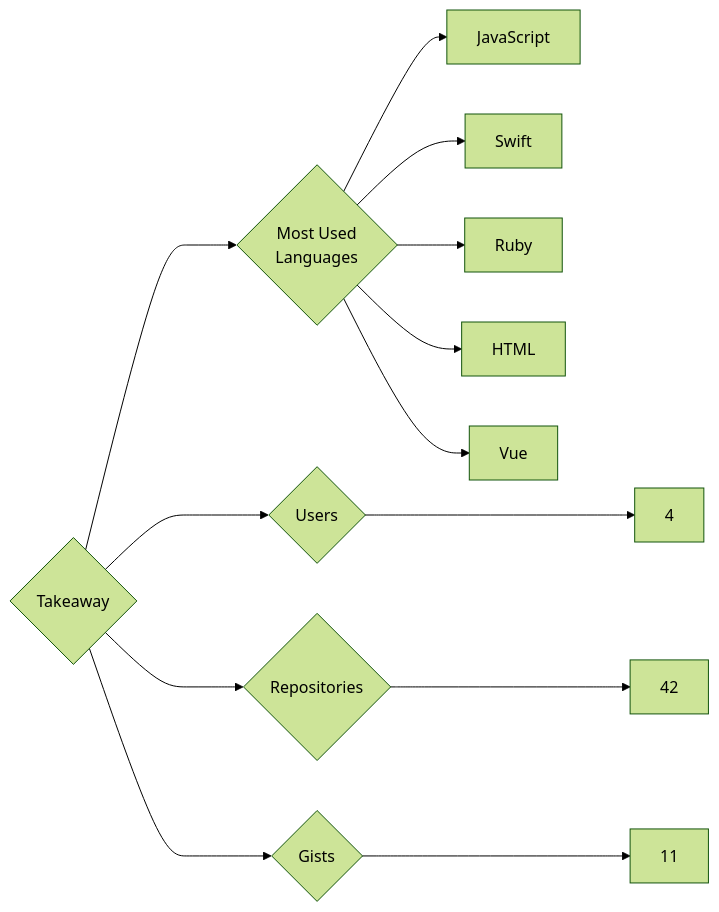
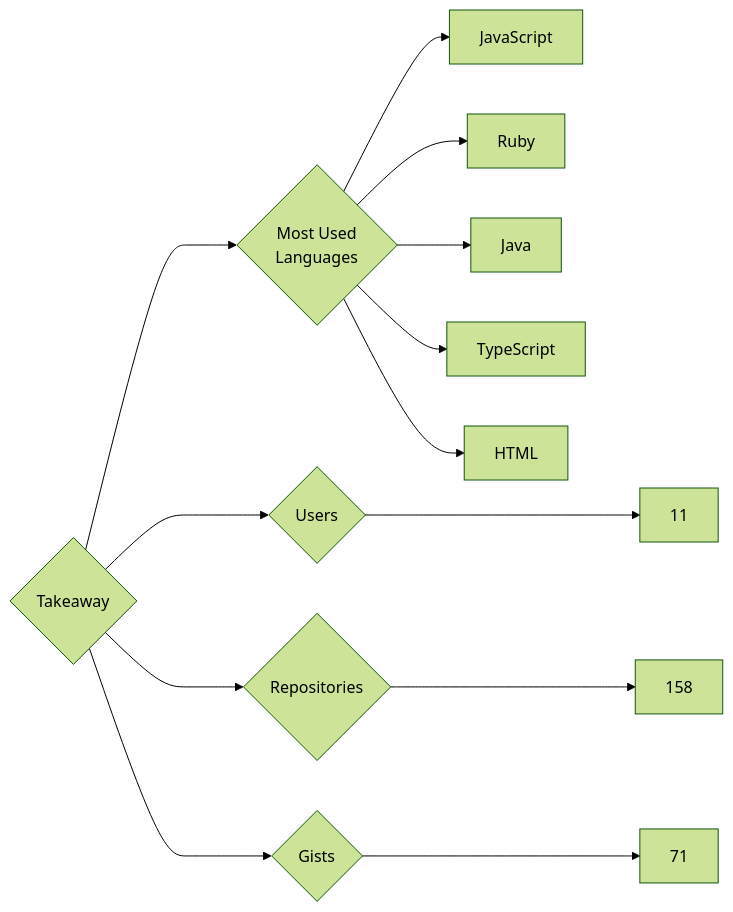
The diagram in targets/Takeaway/README.md (trickest/insiders), drawn with Mermaid (forest theme) before and after one commit. The commit also changed 877 other files, not shown here.

````diff
--- a/targets/Takeaway/README.md
+++ b/targets/Takeaway/README.md
@@ -3,13 +3,13 @@
 ```mermaid
 graph LR
 COMPANY_NAME{Takeaway}
-COMPANY_NAME ---> U{Users} ---> UN[4]
-COMPANY_NAME ---> R{Repositories} ---> RN[42]
-COMPANY_NAME ---> G{Gists} ---> GN[11]
+COMPANY_NAME ---> U{Users} ---> UN[11]
+COMPANY_NAME ---> R{Repositories} ---> RN[158]
+COMPANY_NAME ---> G{Gists} ---> GN[71]
 COMPANY_NAME ---> ML{Most Used<br>Languages}
 ML --> JavaScript[JavaScript]
-ML --> Swift[Swift]
 ML --> Ruby[Ruby]
+ML --> Java[Java]
+ML --> TypeScript[TypeScript]
 ML --> HTML[HTML]
-ML --> Vue[Vue]
 ```
````
